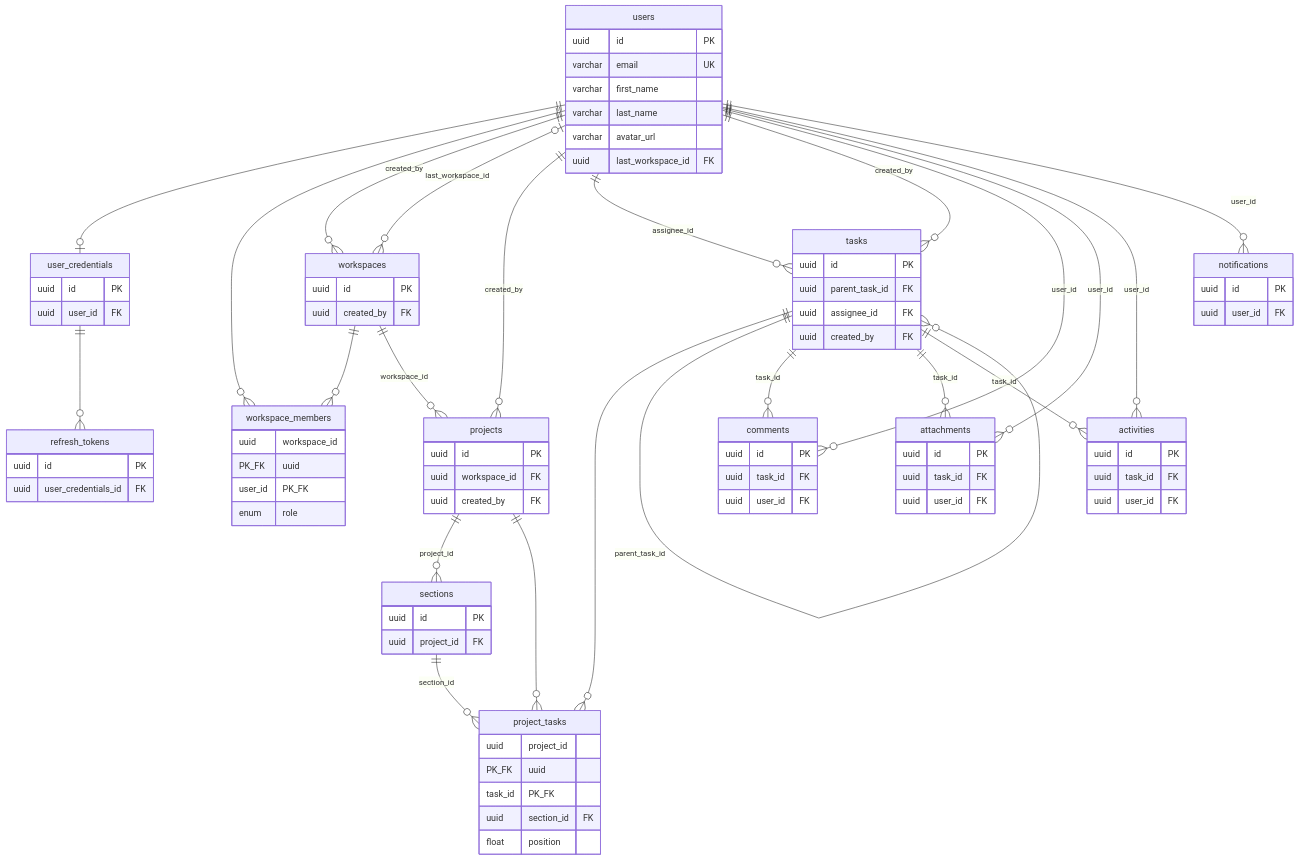
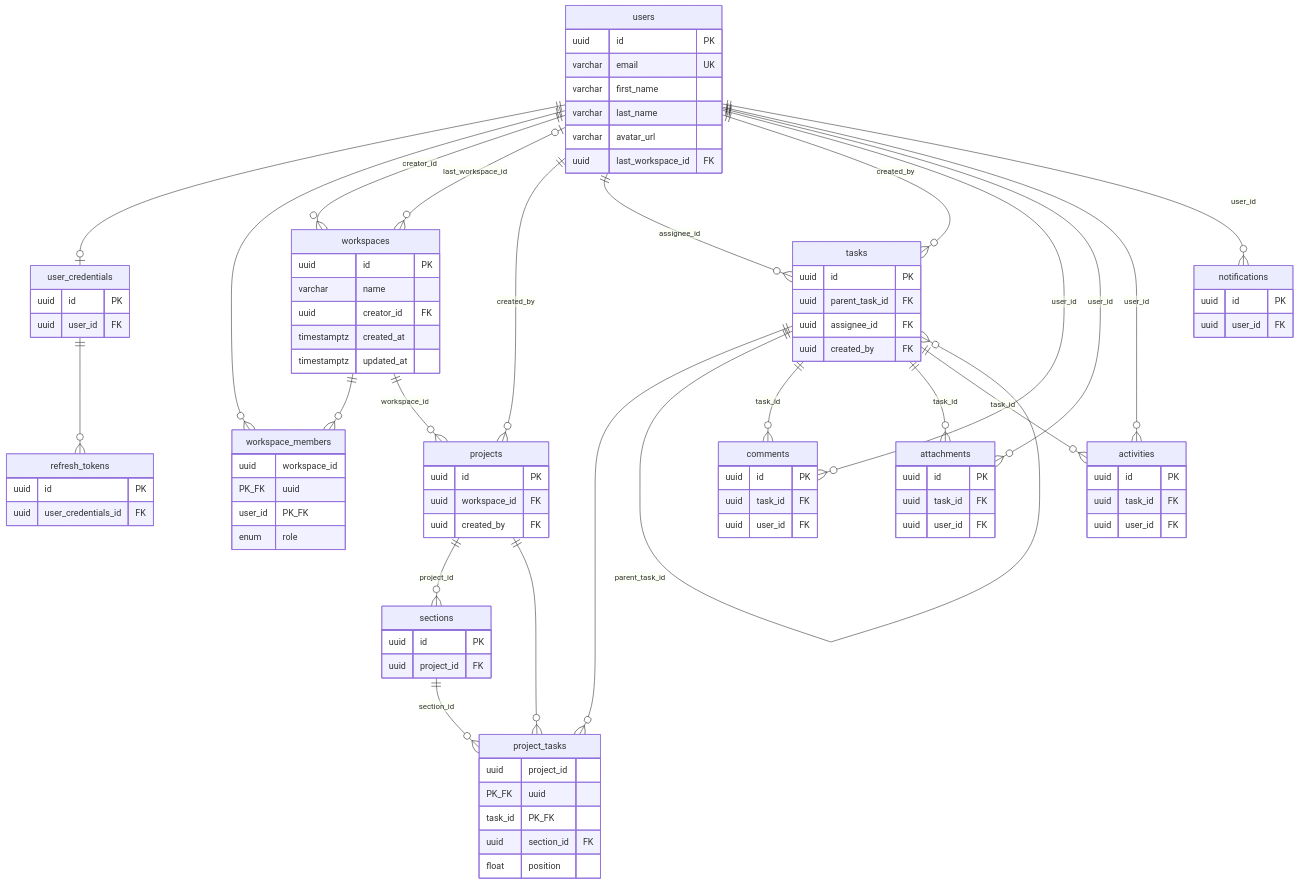
One commit to alxdrsmirnov/task-tracker-backend changed the diagram in docs/architecture.md. Above: the diagram before and after it, drawn with Mermaid. The commit also changed other lines of this file and 7 other files, not shown here.

```diff
--- a/docs/architecture.md
+++ b/docs/architecture.md
@@ -118,7 +118,7 @@
     users ||--o| user_credentials : ""
     users ||--o{ workspace_members : ""
     workspaces ||--o{ workspace_members : ""
-    users ||--o{ workspaces : "created_by"
+    users ||--o{ workspaces : "creator_id"
     users |o--o{ workspaces : "last_workspace_id"
     workspaces ||--o{ projects : "workspace_id"
     users ||--o{ projects : "created_by"
@@ -156,7 +156,10 @@
     }
     workspaces {
         uuid id PK
-        uuid created_by FK
+        varchar name
+        uuid creator_id FK
+        timestamptz created_at
+        timestamptz updated_at
     }
     workspace_members {
         uuid workspace_id PK_FK
```
